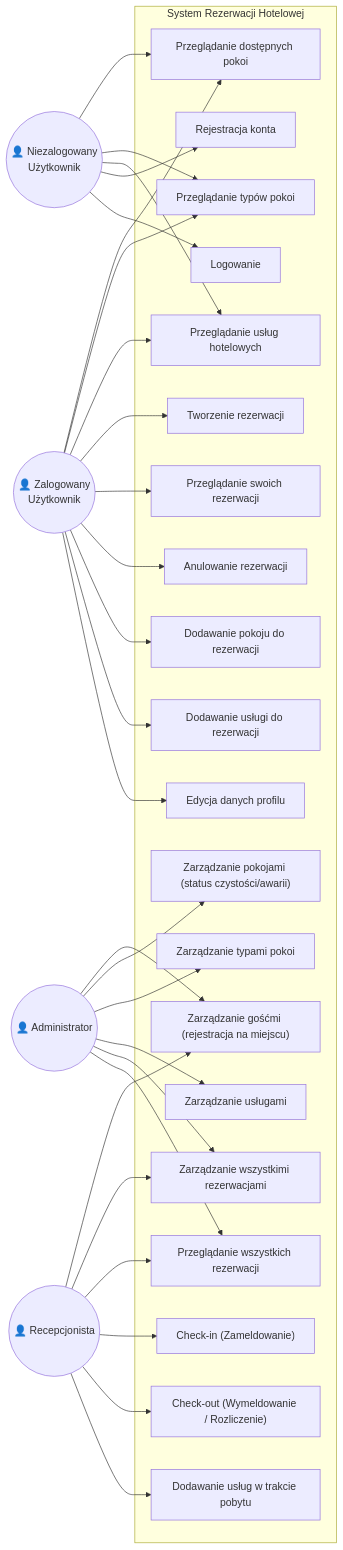
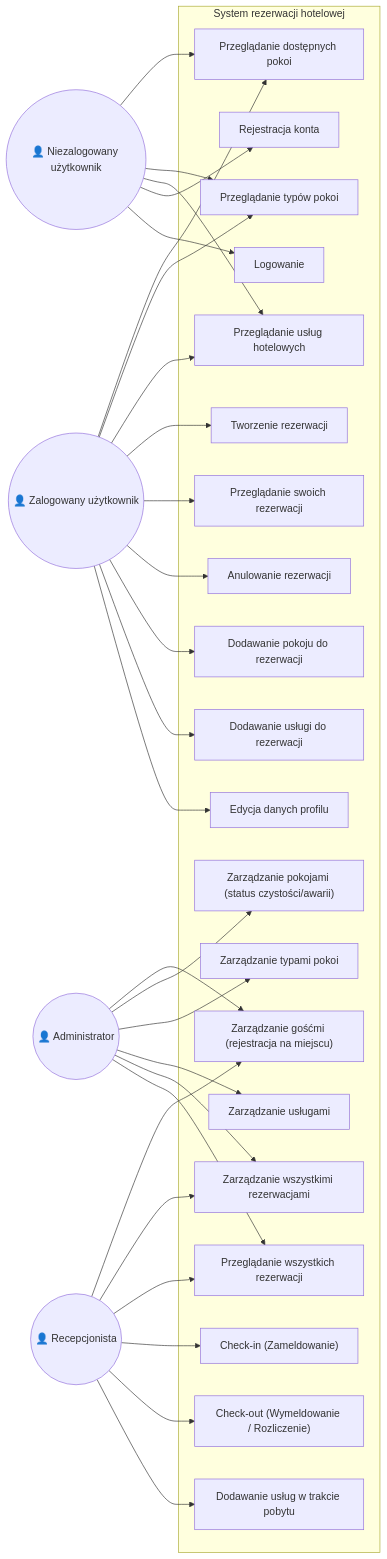
The first of 9 diagrams in TB_NowyFolder/UML_Diagrams.md (chamage/TB_NowyFolder), drawn with Mermaid before and after one commit. The commit also changed other lines of this file, not shown here.

Commit message:
Standardize casing and formatting in UML diagrams doc
Updated the document title, user role descriptions, and Mermaid diagram labels to use consistent lowercase formatting for "rezerwacji hotelowej" and user roles. Improved list formatting for clarity and ensured uniform terminology throughout the file.

````diff
--- a/TB_NowyFolder/UML_Diagrams.md
+++ b/TB_NowyFolder/UML_Diagrams.md
@@ -13,60 +13,60 @@
 ```mermaid
 graph LR
-    subgraph System Rezerwacji Hotelowej
+    subgraph System rezerwacji hotelowej
         UC1["Przeglądanie dostępnych pokoi"]
         UC2["Przeglądanie typów pokoi"]
         UC3["Przeglądanie usług hotelowych"]
         UC4["Rejestracja konta"]
         UC5["Logowanie"]
         UC6["Tworzenie rezerwacji"]
         UC7["Przeglądanie swoich rezerwacji"]
         UC8["Anulowanie rezerwacji"]
         UC9["Dodawanie pokoju do rezerwacji"]
         UC10["Dodawanie usługi do rezerwacji"]
         UC11["Edycja danych profilu"]
         UC12["Zarządzanie gośćmi (rejestracja na miejscu)"]
         UC13["Zarządzanie pokojami (status czystości/awarii)"]
         UC14["Zarządzanie typami pokoi"]
         UC15["Zarządzanie usługami"]
         UC16["Zarządzanie wszystkimi rezerwacjami"]
         UC17["Przeglądanie wszystkich rezerwacji"]
         UC18["Check-in (Zameldowanie)"]
         UC19["Check-out (Wymeldowanie / Rozliczenie)"]
         UC20["Dodawanie usług w trakcie pobytu"]
     end
 
-    A1(("👤 Niezalogowany\nUżytkownik"))
-    A2(("👤 Zalogowany\nUżytkownik"))
+    A1(("👤 Niezalogowany użytkownik"))
+    A2(("👤 Zalogowany użytkownik"))
     A3(("👤 Recepcjonista"))
     A4(("👤 Administrator"))
 
     A1 --> UC1
     A1 --> UC2
     A1 --> UC3
     A1 --> UC4
     A1 --> UC5
 
     A2 --> UC1
     A2 --> UC2
     A2 --> UC3
     A2 --> UC6
     A2 --> UC7
     A2 --> UC8
     A2 --> UC9
     A2 --> UC10
     A2 --> UC11
 
     A3 --> UC12
     A3 --> UC16
     A3 --> UC17
     A3 --> UC18
     A3 --> UC19
     A3 --> UC20
     
     A4 --> UC12
     A4 --> UC13
     A4 --> UC14
     A4 --> UC15
     A4 --> UC16
     A4 --> UC17
 ```
````
